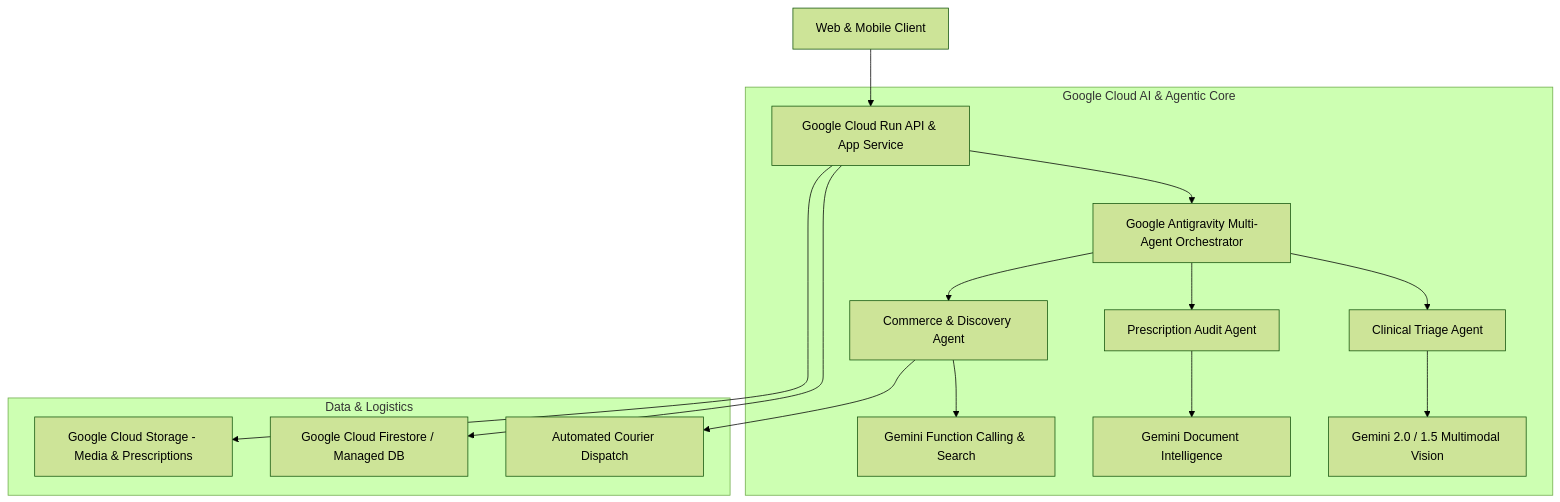
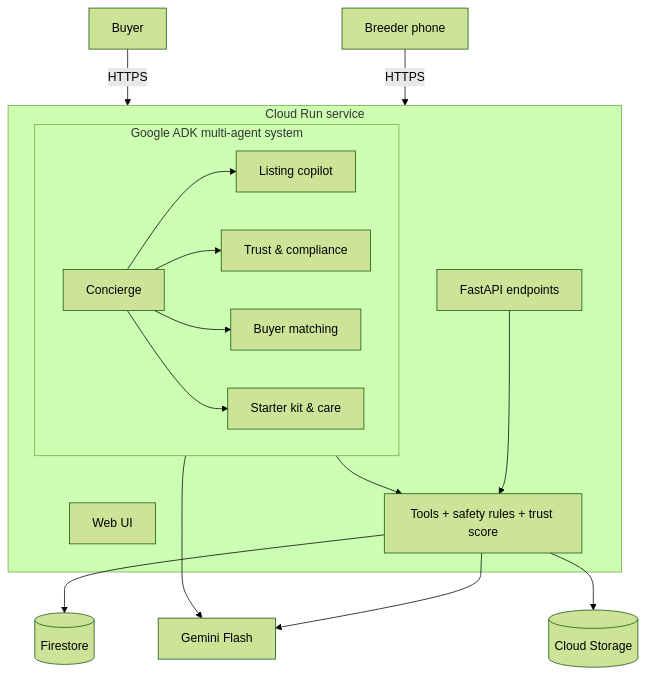
The diagram in README.md (sudarsan-22/breedernear-ai), drawn with Mermaid (forest theme) before and after one commit. The commit also changed other lines of this file and 23 other files, not shown here.

````diff
--- a/README.md
+++ b/README.md
@@ -23,21 +35,24 @@
 ```mermaid
-graph TD
-    Client[Web & Mobile Client] --> CloudRun[Google Cloud Run API & App Service]
-    
-    subgraph "Google Cloud AI & Agentic Core"
-        CloudRun --> Antigravity[Google Antigravity Multi-Agent Orchestrator]
-        Antigravity --> TriageAgent[Clinical Triage Agent]
-        Antigravity --> RxAgent[Prescription Audit Agent]
-        Antigravity --> CommerceAgent[Commerce & Discovery Agent]
-        
-        TriageAgent --> GeminiVision[Gemini 2.0 / 1.5 Multimodal Vision]
-        RxAgent --> GeminiOCR[Gemini Document Intelligence]
-        CommerceAgent --> GeminiSearch[Gemini Function Calling & Search]
+flowchart TD
+    B[Breeder phone] -->|HTTPS| CR
+    U[Buyer] -->|HTTPS| CR
+    subgraph CR[Cloud Run service]
+        WEB[Web UI]
+        API[FastAPI endpoints]
+        subgraph AG[Google ADK multi-agent system]
+            ROOT[Concierge]
+            LIST[Listing copilot]
+            TRUST[Trust & compliance]
+            MATCH[Buyer matching]
+            CARE[Starter kit & care]
+            ROOT --> LIST & TRUST & MATCH & CARE
+        end
+        CORE[Tools + safety rules + trust score]
+        AG --> CORE
+        API --> CORE
     end
-    
-    subgraph "Data & Logistics"
-        CloudRun --> Firestore[Google Cloud Firestore / Managed DB]
-        CloudRun --> CloudStorage[Google Cloud Storage - Media & Prescriptions]
-        CommerceAgent --> LogisticsAPI[Automated Courier Dispatch]
-    end
+    AG --> GEM[Gemini Flash]
+    CORE --> GEM
+    CORE --> FS[(Firestore)]
+    CORE --> GCS[(Cloud Storage)]
 ```
````
